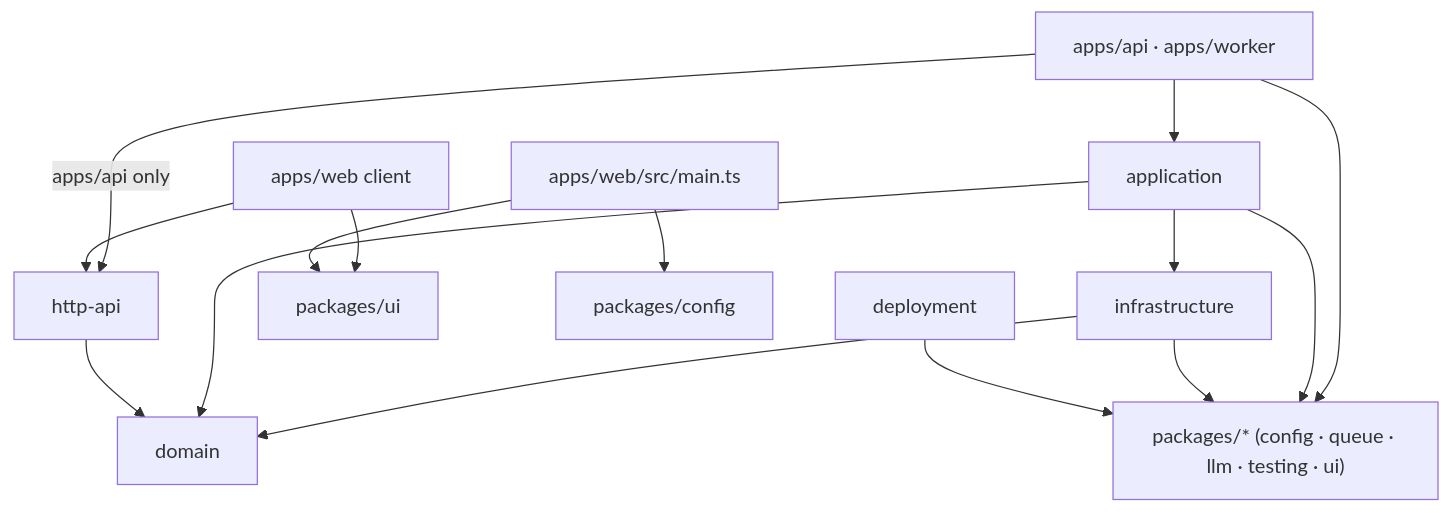
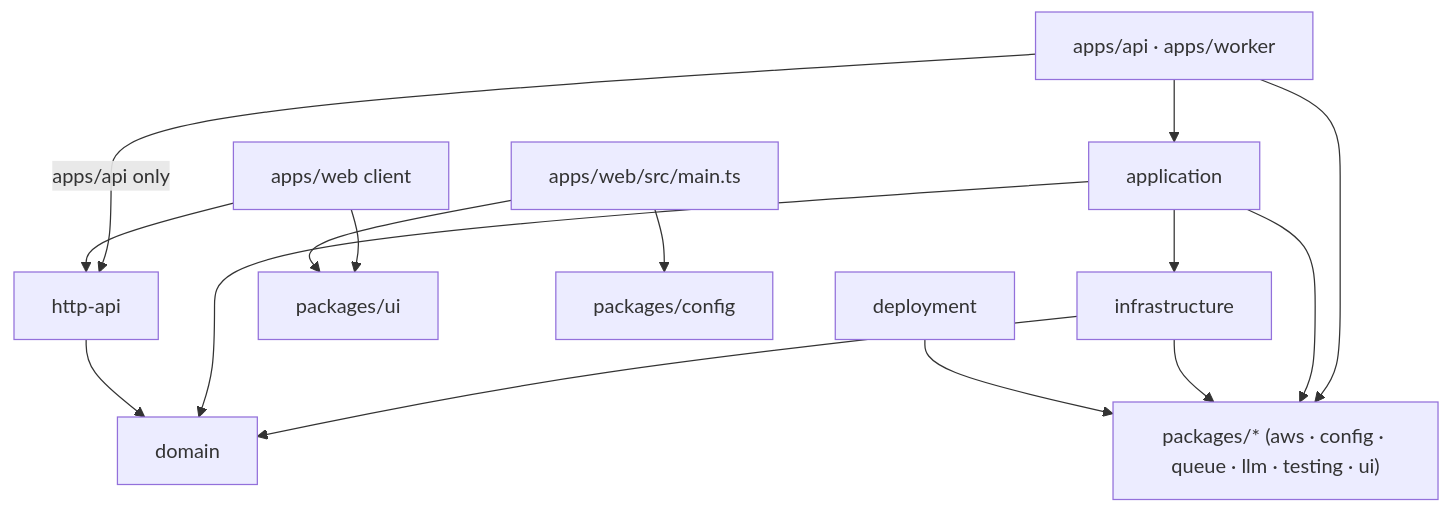
One commit to khotei/app-template changed the diagram in docs/knowledge/architecture.md. Above: the diagram before and after it, drawn with Mermaid. The commit also changed other lines of this file and 103 other files, not shown here.

````diff
--- a/docs/knowledge/architecture.md
+++ b/docs/knowledge/architecture.md
@@ -9,17 +9,17 @@
 ```mermaid
 graph TD
   apps["apps/api · apps/worker"] --> application
   application --> infrastructure
   infrastructure --> domain
   application --> domain
   apps -->|"apps/api only"| httpApi["http-api"]
   httpApi --> domain
-  apps --> packages["packages/* (config · queue · llm · testing · ui)"]
+  apps --> packages["packages/* (aws · config · queue · llm · testing · ui)"]
   application --> packages
   infrastructure --> packages
   web["apps/web client"] --> httpApi
   web --> ui["packages/ui"]
   webMain["apps/web/src/main.ts"] --> ui
   webMain --> config["packages/config"]
   deployment --> packages
 ```
````
